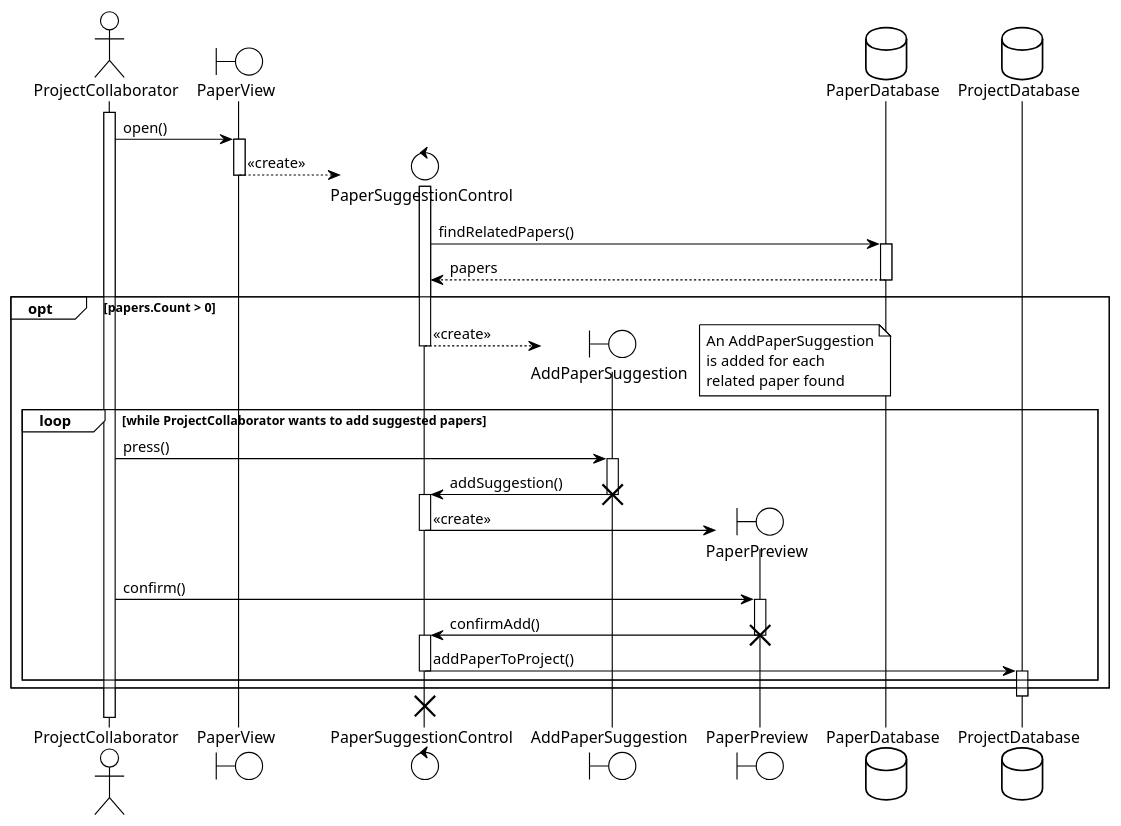
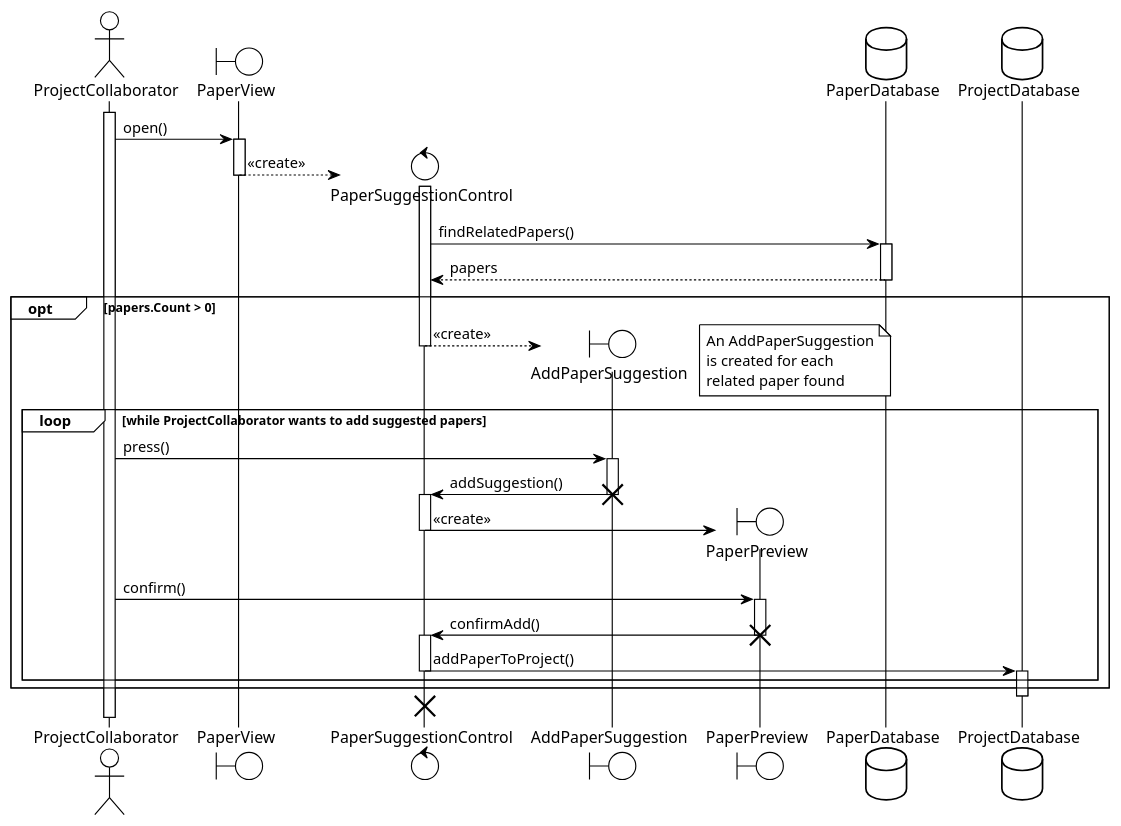
Before and after one commit to BlueMango10/Project-uml: the diagram in Use case sequence diagrams/AddSuggestedPaper.puml, drawn with PlantUML. The commit also changed 1 other file, not shown here.

```diff
--- a/Use case sequence diagrams/AddSuggestedPaper.puml
+++ b/Use case sequence diagrams/AddSuggestedPaper.puml
@@ -1,67 +1,67 @@
 @startuml AddSuggestedPaper
 !theme plain
 actor ProjectCollaborator as pc
 boundary PaperView as pv
 control PaperSuggestionControl as psc
 boundary AddPaperSuggestion as aps
 boundary PaperPreview as pp
 database PaperDatabase as pd
 database ProjectDatabase as pd2
 
 activate pc
 
 pc -> pv : open()
 activate pv
 
 create psc
 pv --> psc : <<create>>
 activate psc
 deactivate pv
 
 psc -> pd : findRelatedPapers()
 activate pd
 pd --> psc : papers
 deactivate pd
 
 opt papers.Count > 0
 
 	create aps
 	psc --> aps : <<create>>
 	deactivate psc
 	
 	note right
 	An AddPaperSuggestion
-	is added for each
+	is created for each
 	related paper found
 	end note
 
 	loop while ProjectCollaborator wants to add suggested papers
 
 		pc -> aps : press()
 		activate aps
 
 		aps -> psc : addSuggestion()
 		destroy aps
 		activate psc
 
 		create pp
 		psc -> pp : <<create>>
 		deactivate psc
 
 		pc -> pp : confirm()
 		activate pp
 
 		pp -> psc : confirmAdd()
 		destroy pp
 		activate psc
 
 		psc -> pd2 : addPaperToProject()
 		deactivate psc
 		activate pd2
 
 	end
 end
 deactivate pd2
 
 destroy psc
 @enduml
```
